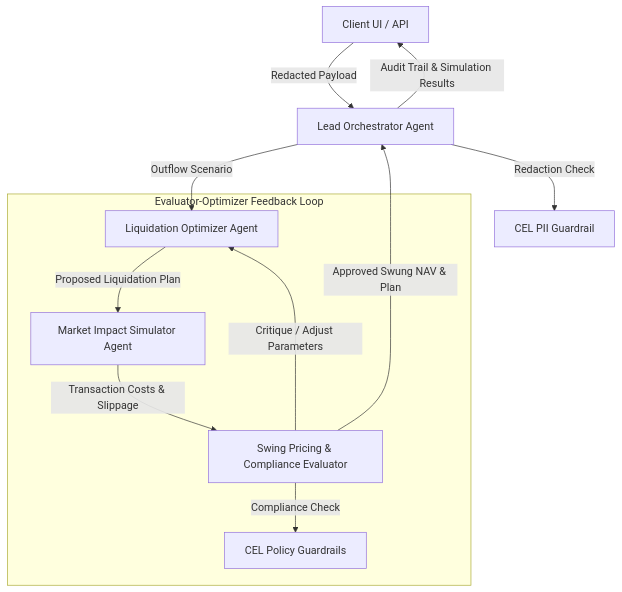
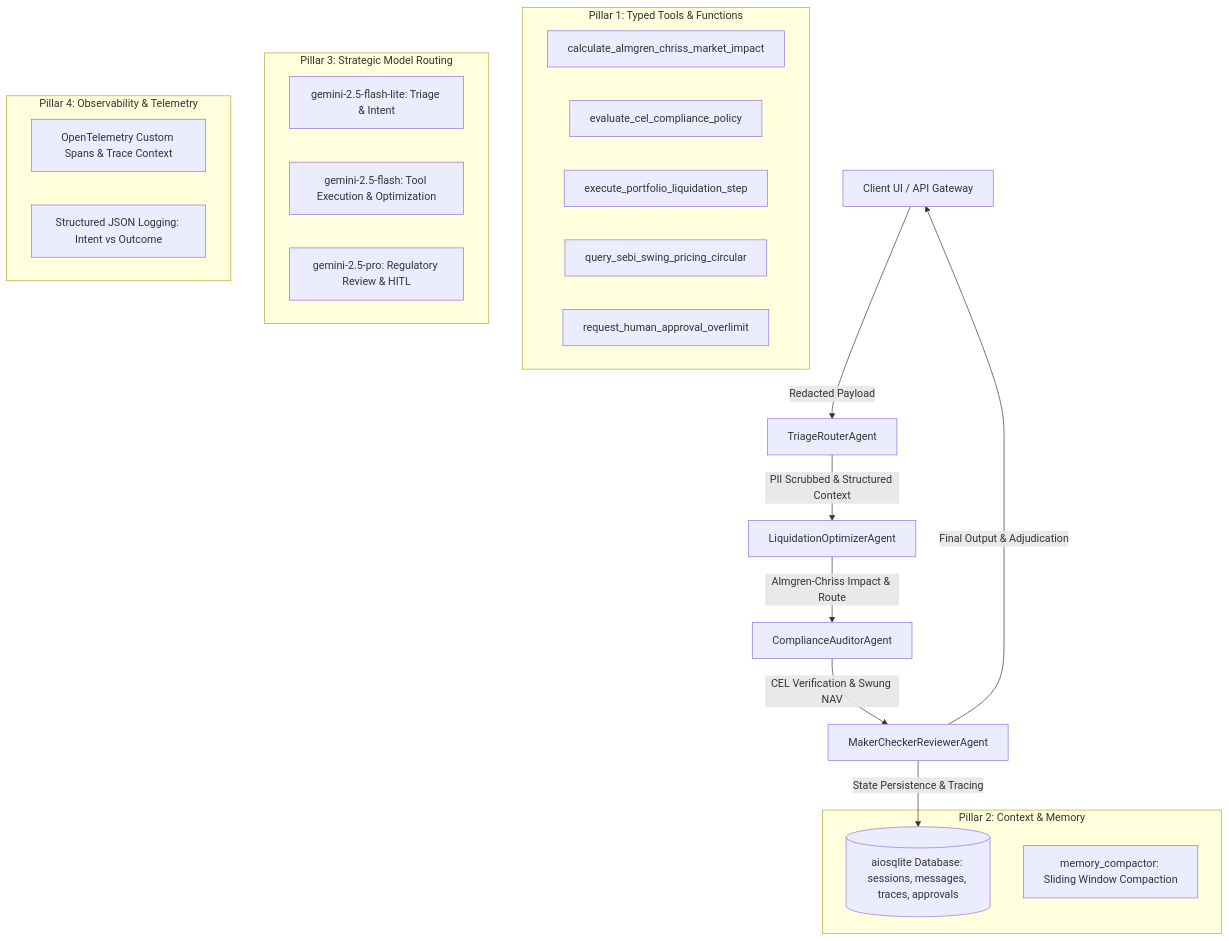
The diagram in ARCHITECTURE.md (adhishthite/120_sebi_mf_swing_pricing_stress_engine), drawn with Mermaid before and after one commit. The commit also changed other lines of this file and 28 other files, not shown here.

Commit message:
feat: upgrade to 95/95 AI in 5 Days standard across all 5 architectural pillars

````diff
--- a/ARCHITECTURE.md
+++ b/ARCHITECTURE.md
@@ -36,16 +38,34 @@
 ```mermaid
 graph TD
-    Client[Client UI / API] -->|Redacted Payload| Orchestrator[Lead Orchestrator Agent]
-    Orchestrator -->|Redaction Check| PII[CEL PII Guardrail]
-    Orchestrator -->|Outflow Scenario| Optimizer[Liquidation Optimizer Agent]
+    Client[Client UI / API Gateway] -->|Redacted Payload| Triage[TriageRouterAgent]
+    Triage -->|PII Scrubbed & Structured Context| Optimizer[LiquidationOptimizerAgent]
+    Optimizer -->|Almgren-Chriss Impact & Route| Auditor[ComplianceAuditorAgent]
+    Auditor -->|CEL Verification & Swung NAV| Reviewer[MakerCheckerReviewerAgent]
     
-    subgraph "Evaluator-Optimizer Feedback Loop"
-        Optimizer -->|Proposed Liquidation Plan| Simulator[Market Impact Simulator Agent]
-        Simulator -->|Transaction Costs & Slippage| Evaluator[Swing Pricing & Compliance Evaluator]
-        Evaluator -->|Compliance Check| CELCompliance[CEL Policy Guardrails]
-        Evaluator -->|Critique / Adjust Parameters| Optimizer
+    subgraph "Pillar 1: Typed Tools & Functions"
+        T1[calculate_almgren_chriss_market_impact]
+        T2[evaluate_cel_compliance_policy]
+        T3[execute_portfolio_liquidation_step]
+        T4[query_sebi_swing_pricing_circular]
+        T5[request_human_approval_overlimit]
     end
 
-    Evaluator -->|Approved Swung NAV & Plan| Orchestrator
-    Orchestrator -->|Audit Trail & Simulation Results| Client
+    subgraph "Pillar 2: Context & Memory"
+        DB[(aiosqlite Database: sessions, messages, traces, approvals)]
+        MC[memory_compactor: Sliding Window Compaction]
+    end
+
+    subgraph "Pillar 3: Strategic Model Routing"
+        R1[gemini-2.5-flash-lite: Triage & Intent]
+        R2[gemini-2.5-flash: Tool Execution & Optimization]
+        R3[gemini-2.5-pro: Regulatory Review & HITL]
+    end
+
+    subgraph "Pillar 4: Observability & Telemetry"
+        OTEL[OpenTelemetry Custom Spans & Trace Context]
+        LOG[Structured JSON Logging: Intent vs Outcome]
+    end
+
+    Reviewer -->|State Persistence & Tracing| DB
+    Reviewer -->|Final Output & Adjudication| Client
 ```
````
